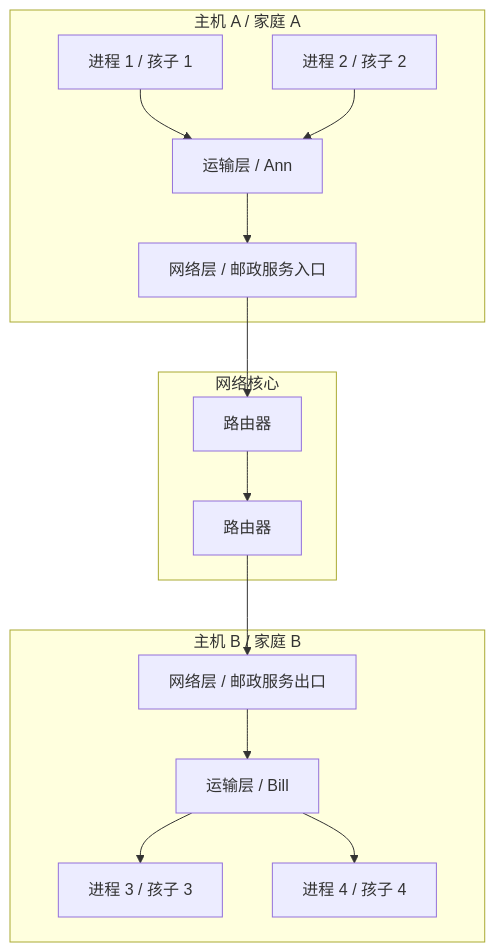
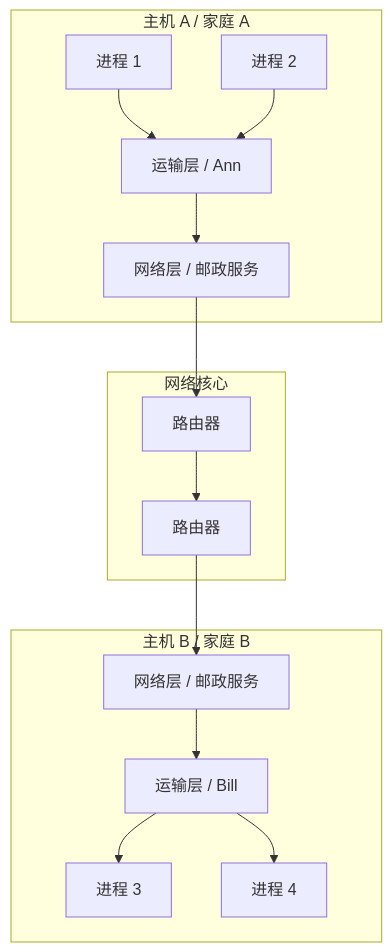
One commit to Meer-Matze/Meer-Matze.github.io changed the second of 28 diagrams in src/content/posts/运输层.md. Above: the diagram before and after it, drawn with Mermaid. The commit also changed other lines of this file and 1 other file, not shown here.

````diff
--- a/src/content/posts/运输层.md
+++ b/src/content/posts/运输层.md
@@ -85,30 +79,18 @@
 ```mermaid
 flowchart TB
     subgraph HostA["主机 A / 家庭 A"]
-        P1["进程 1 / 孩子 1"]
-        P2["进程 2 / 孩子 2"]
-        T1["运输层 / Ann"]
-        N1["网络层 / 邮政服务入口"]
-        P1 --> T1
-        P2 --> T1
-        T1 --> N1
+        P1["进程 1"] --> T1["运输层 / Ann"]
+        P2["进程 2"] --> T1
+        T1 --> N1["网络层 / 邮政服务"]
     end
-
     subgraph Network["网络核心"]
-        R1["路由器"]
-        R2["路由器"]
-        N1 --> R1 --> R2
+        R1["路由器"] --> R2["路由器"]
     end
-
     subgraph HostB["主机 B / 家庭 B"]
-        N2["网络层 / 邮政服务出口"]
-        T2["运输层 / Bill"]
-        P3["进程 3 / 孩子 3"]
-        P4["进程 4 / 孩子 4"]
-        N2 --> T2
-        T2 --> P3
-        T2 --> P4
+        N2["网络层 / 邮政服务"] --> T2["运输层 / Bill"]
+        T2 --> P3["进程 3"]
+        T2 --> P4["进程 4"]
     end
-
+    N1 --> R1
     R2 --> N2
 ```
````
